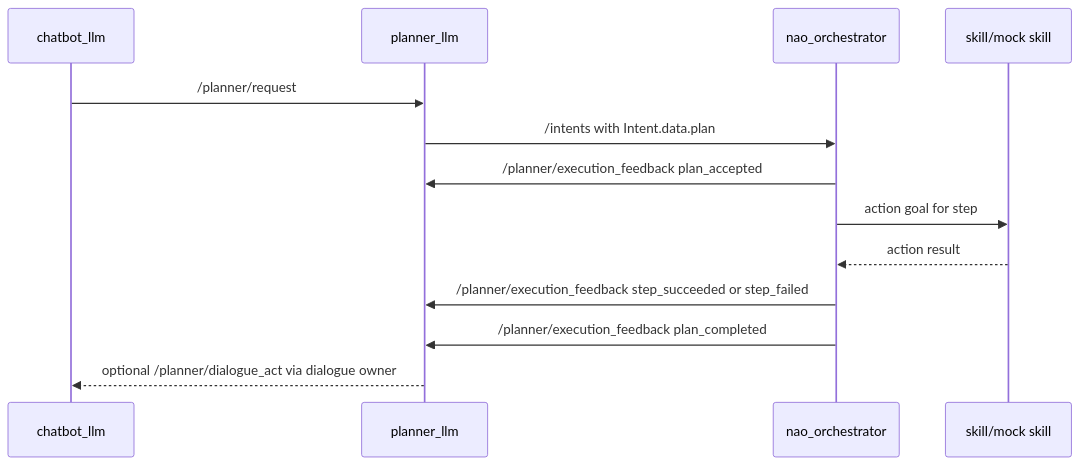
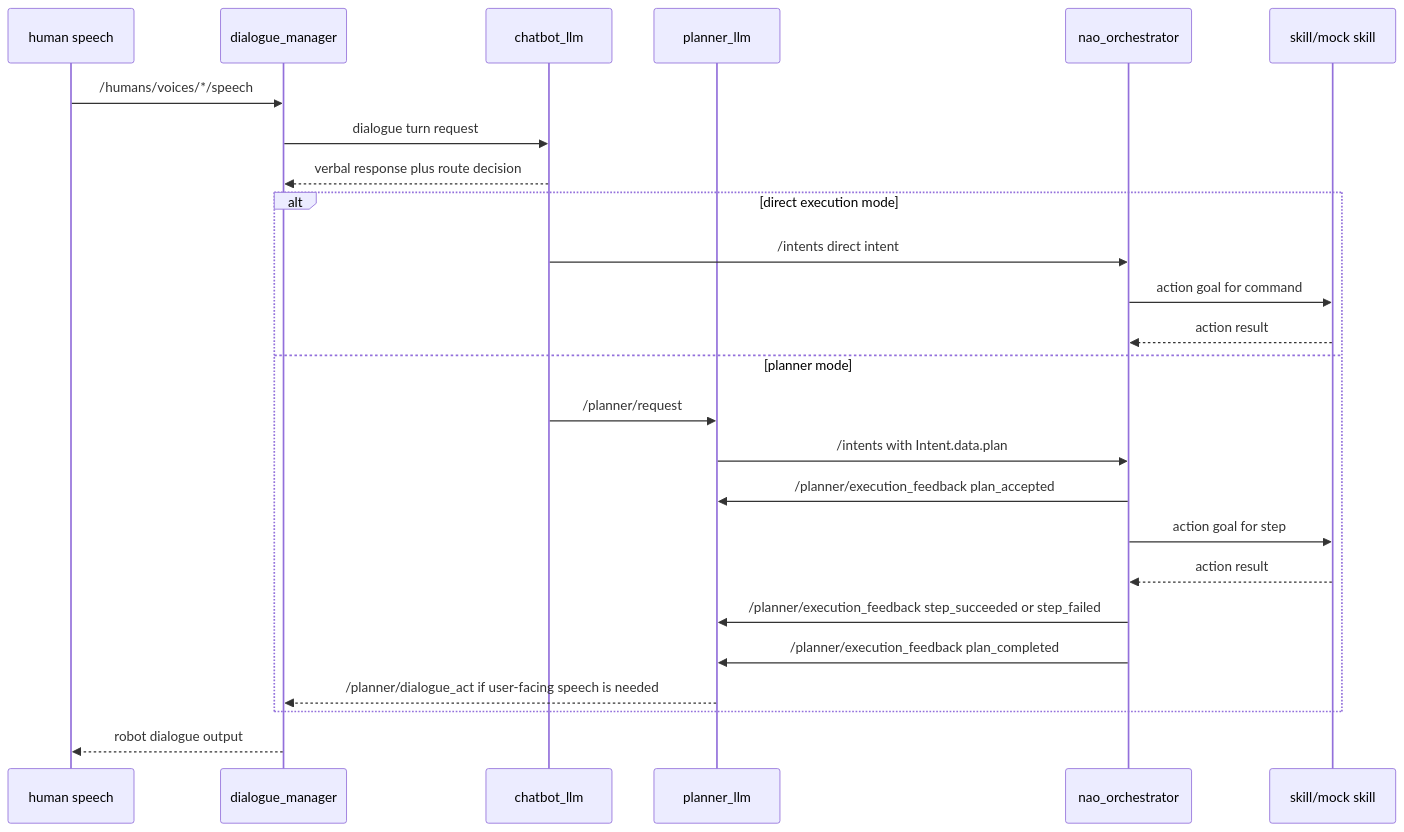
Before and after one commit to ieverythng/nao-ros4hri-bridge: the third of 3 diagrams in docs/current_workflow.md, drawn with Mermaid. The commit also changed other lines of this file and 21 other files, not shown here.

````diff
--- a/docs/current_workflow.md
+++ b/docs/current_workflow.md
@@ -56,16 +67,28 @@
 ```mermaid
 sequenceDiagram
+    participant H as human speech
+    participant D as dialogue_manager
     participant C as chatbot_llm
     participant P as planner_llm
     participant O as nao_orchestrator
     participant S as skill/mock skill
 
-    C->>P: /planner/request
-    P->>O: /intents with Intent.data.plan
-    O->>P: /planner/execution_feedback plan_accepted
-    O->>S: action goal for step
-    S-->>O: action result
-    O->>P: /planner/execution_feedback step_succeeded or step_failed
-    O->>P: /planner/execution_feedback plan_completed
-    P-->>C: optional /planner/dialogue_act via dialogue owner
+    H->>D: /humans/voices/*/speech
+    D->>C: dialogue turn request
+    C-->>D: verbal response plus route decision
+    alt direct execution mode
+        C->>O: /intents direct intent
+        O->>S: action goal for command
+        S-->>O: action result
+    else planner mode
+        C->>P: /planner/request
+        P->>O: /intents with Intent.data.plan
+        O->>P: /planner/execution_feedback plan_accepted
+        O->>S: action goal for step
+        S-->>O: action result
+        O->>P: /planner/execution_feedback step_succeeded or step_failed
+        O->>P: /planner/execution_feedback plan_completed
+        P-->>D: /planner/dialogue_act if user-facing speech is needed
+    end
+    D-->>H: robot dialogue output
 ```
````
